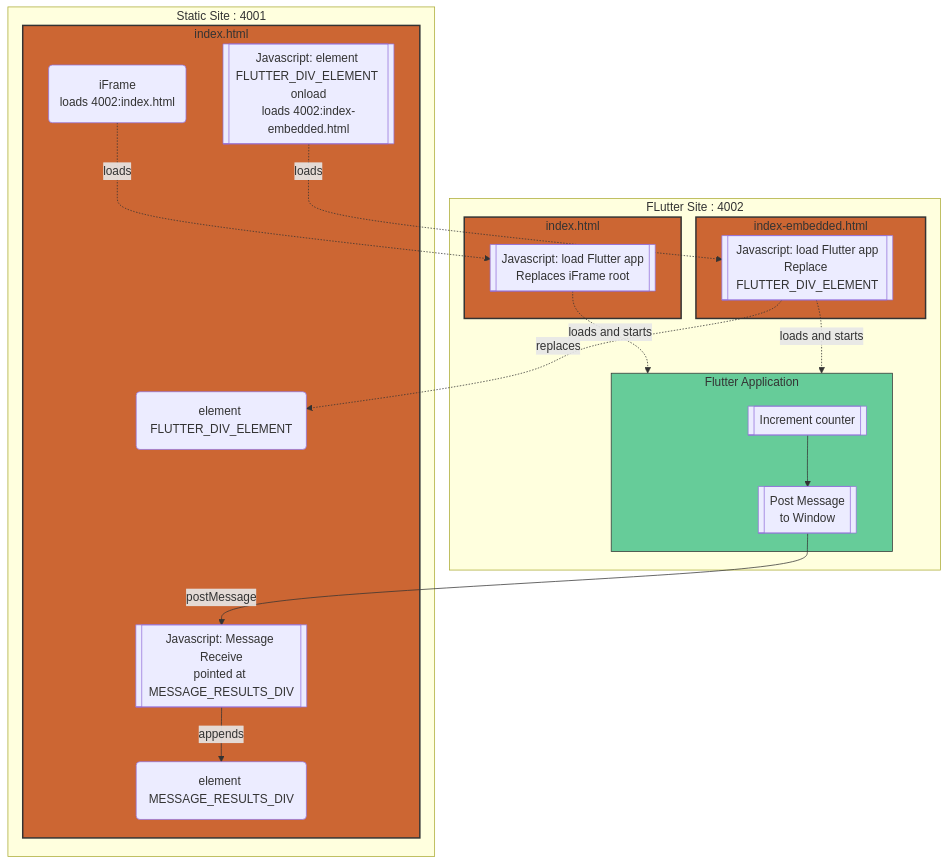
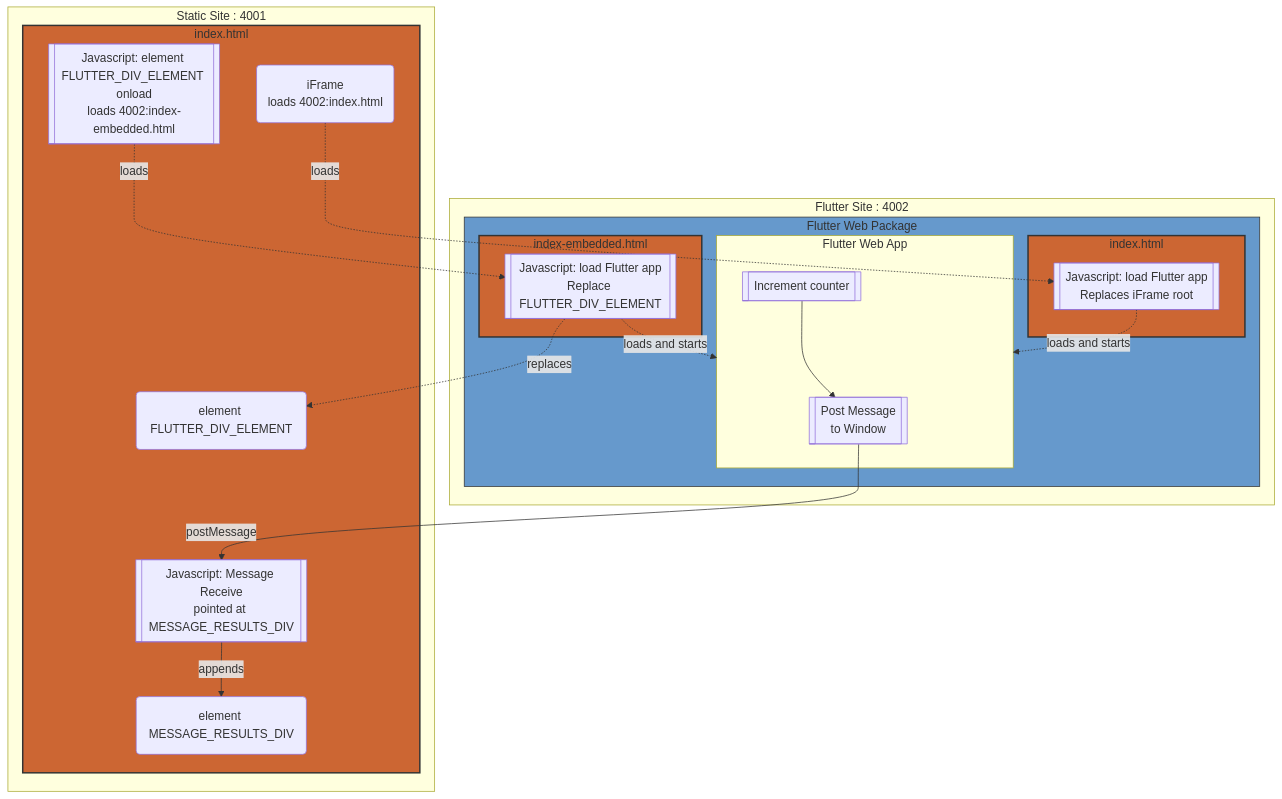
The diagram in README.md (freemansoft/flutter-embedded), drawn with Mermaid before and after one commit.

Commit message:
more diagram

````diff
--- a/README.md
+++ b/README.md
@@ -11,41 +11,47 @@
 ```mermaid
 graph TD
   subgraph 4001[Static Site : 4001]
     subgraph staticIndex[index.html]
-      elementLoad[[Javascript: element FLUTTER_DIV_ELEMENT onload<br/;>loads 4002:index-embedded.html]]
-      messageReceive[[Javascript: Message Receive<br/;>pointed at MESSAGE_RESULTS_DIV]]
       iFrame(iFrame <br/;> loads 4002:index.html)
       elementFlutterDiv(element FLUTTER_DIV_ELEMENT)
+
+      elementLoad[[Javascript: element FLUTTER_DIV_ELEMENT onload<br/;>loads 4002:index-embedded.html]]
+
+      messageReceive[[Javascript: Message Receive<br/;>pointed at MESSAGE_RESULTS_DIV]]
       elementMessage(element MESSAGE_RESULTS_DIV)
     end
   end
 
-  subgraph 4002[FLutter Site : 4002]
-    subgraph flutterIndexEmbedded[index-embedded.html]
-      flutterIndexLoadEmbedded[[Javascript: load Flutter app<br/;>Replace FLUTTER_DIV_ELEMENT]]
-    end
-    subgraph flutterIndex[index.html]
-      flutterIndexLoad[[Javascript: load Flutter app<br/;>Replaces iFrame root]]
-    end
-    subgraph flutter[Flutter Application]
-      counter[[Increment counter]]
-      flutterPostMessage[[Post Message<br/;>to Window]]
+  subgraph 4002[Flutter Site : 4002]
+    subgraph flutterWebPackage[Flutter Web Package]
+      subgraph flutterIndex[index.html]
+        flutterIndexLoad[[Javascript: load Flutter app<br/;>Replaces iFrame root]]
+      end
+      subgraph flutterIndexEmbedded[index-embedded.html]
+        flutterIndexLoadEmbedded[[Javascript: load Flutter app<br/;>Replace FLUTTER_DIV_ELEMENT]]
+      end
+      subgraph flutter[Flutter Web App]
+        flutterPostMessage[[Post Message<br/;>to Window]]
+        counter[[Increment counter]]
+      end
     end
   end
 
   elementLoad-.loads.->flutterIndexLoadEmbedded
   iFrame-.loads.->flutterIndexLoad
-  messageReceive--appends-->elementMessage
 
   flutterIndexLoad-.loads and starts.->flutter
   flutterIndexLoadEmbedded-.loads and starts.->flutter
   flutterIndexLoadEmbedded-.replaces.->elementFlutterDiv
   counter-->flutterPostMessage
+
   flutterPostMessage--postMessage-->messageReceive
+  messageReceive--appends-->elementMessage
+
 
   classDef orange fill:#c63,stroke:#333,stroke-width:2px;
-  classDef green fill:#6c9,stroke:#333,strong-width:2px;
+  classDef blue fill:#69c,stroke:#333,strong-width:2px;
   class staticIndex,flutterIndex,flutterIndexEmbedded orange
-  class flutter green
+  class flutterWebPackage blue
 
 ```
````
